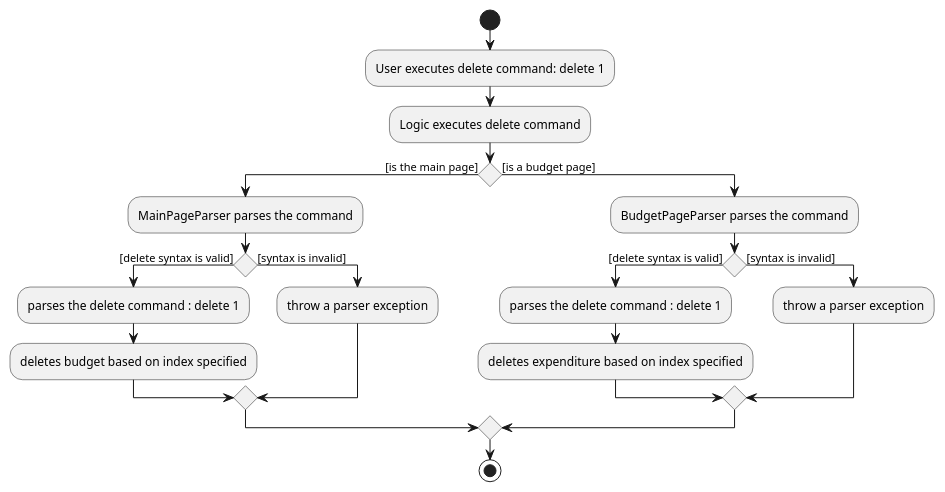
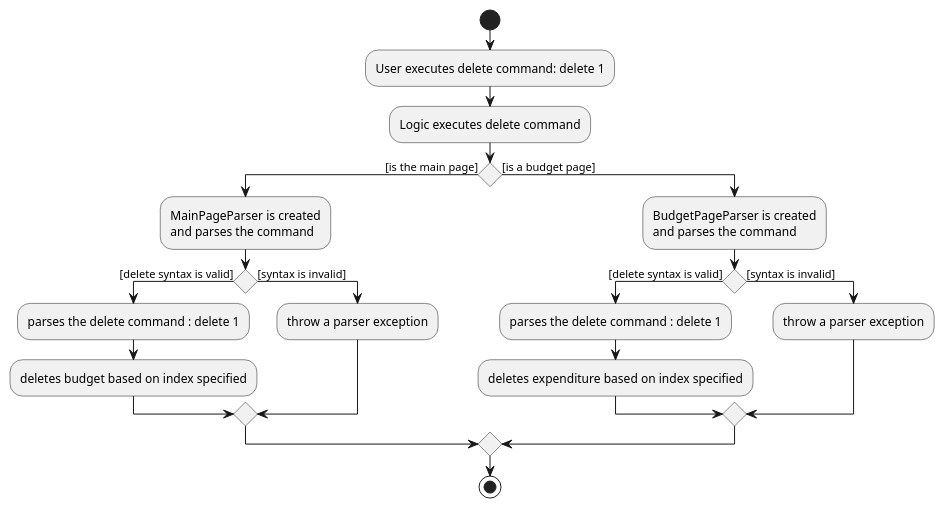
The diagram in docs/diagrams/DeleteCommandActivityDiagram.puml (yu-ming-chen/tp), drawn with PlantUML before and after one commit. The commit also changed 9 other files, not shown here.

Commit message:
Fix styling for diagrams

```diff
--- a/docs/diagrams/DeleteCommandActivityDiagram.puml
+++ b/docs/diagrams/DeleteCommandActivityDiagram.puml
@@ -1,29 +1,29 @@
 @startuml
 start
 :User executes delete command: delete 1;
 :Logic executes delete command;
 
 if () then ([is the main page])
-    :MainPageParser parses the command;
+    :MainPageParser is created\nand parses the command;
 
     if () then ([delete syntax is valid])
     :parses the delete command : delete 1;
     :deletes budget based on index specified;
     else ([syntax is invalid])
     :throw a parser exception;
     endif
 
 else ([is a budget page])
-    :BudgetPageParser parses the command;
+    :BudgetPageParser is created\nand parses the command;
 
     if () then ([delete syntax is valid])
     :parses the delete command : delete 1;
     :deletes expenditure based on index specified;
     else ([syntax is invalid])
     :throw a parser exception;
     endif
 
 endif
 stop
 
 @enduml
```
